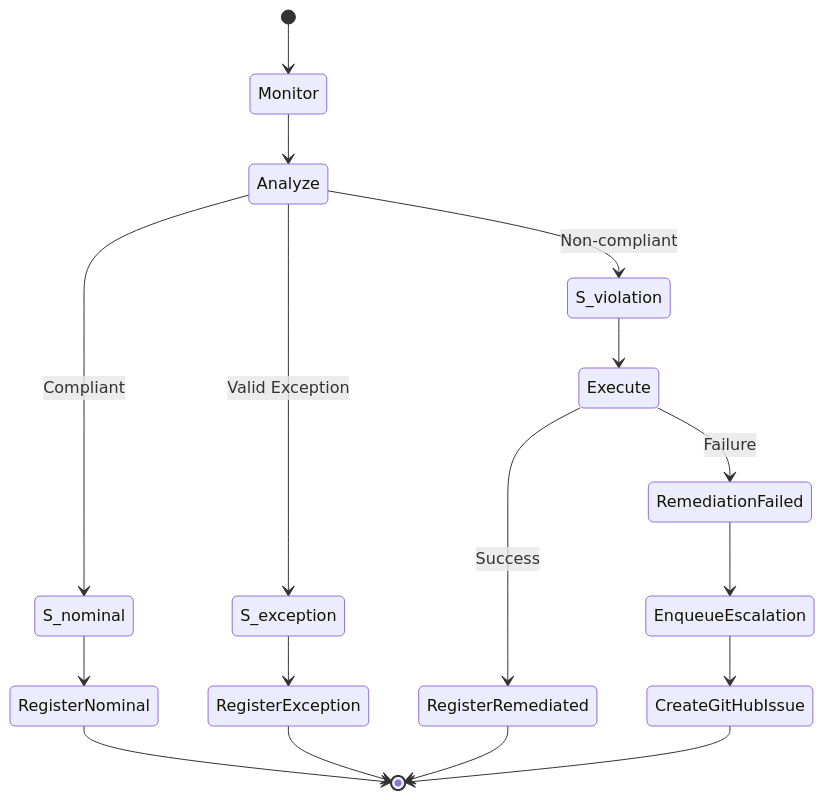
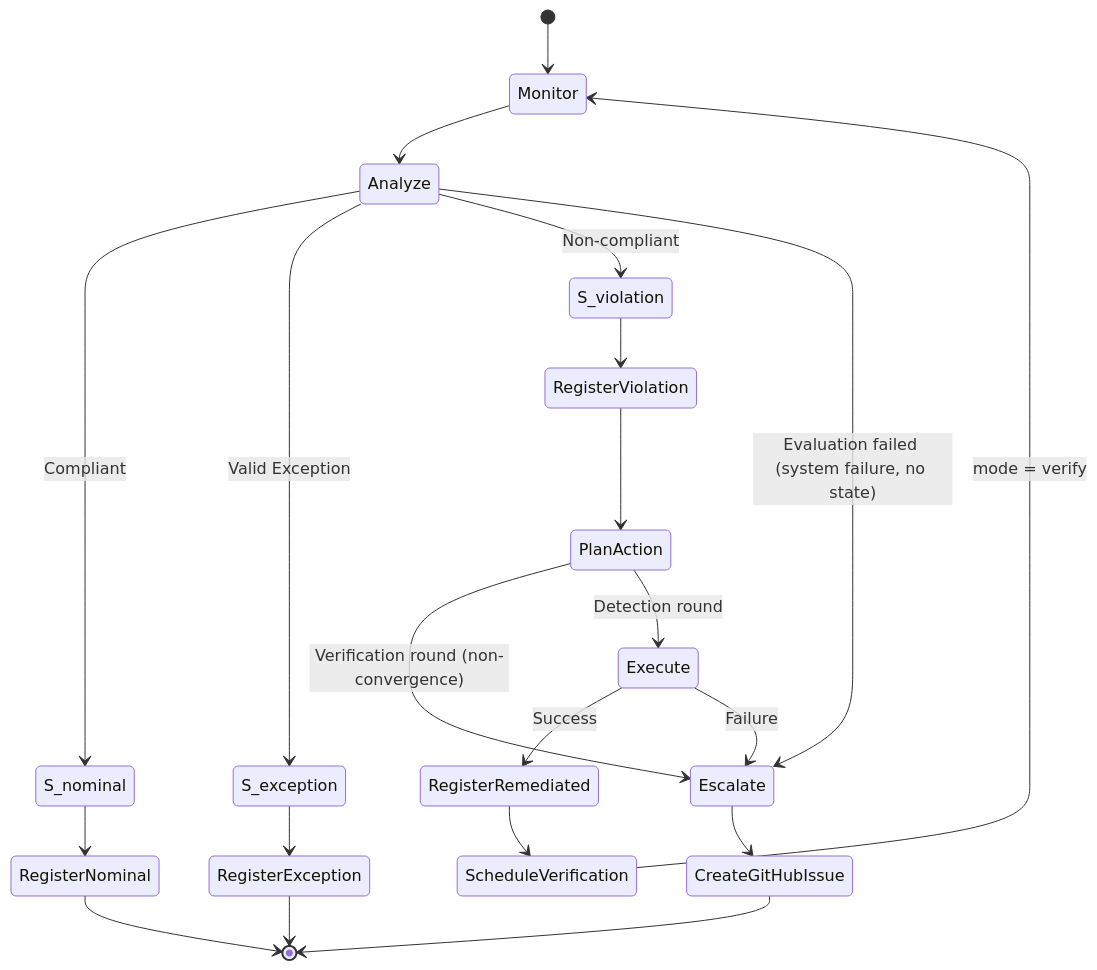
One commit to ricardoandreh/compliance-loop changed the second of 6 diagrams in .kiro/specs/mvp-compliance-automation-loop/design.md. Above: the diagram before and after it, drawn with Mermaid. The commit also changed other lines of this file and 7 other files, not shown here.

First line of the commit message:
classify by the three formal states only; the round decides the action, not the state

````diff
--- a/.kiro/specs/mvp-compliance-automation-loop/design.md
+++ b/.kiro/specs/mvp-compliance-automation-loop/design.md
@@ -89,19 +93,23 @@
 ```mermaid
 stateDiagram-v2
     [*] --> Monitor
     Monitor --> Analyze
     Analyze --> S_nominal: Compliant
     Analyze --> S_exception: Valid Exception
     Analyze --> S_violation: Non-compliant
+    Analyze --> Escalate: Evaluation failed (system failure, no state)
     S_nominal --> RegisterNominal
     S_exception --> RegisterException
-    S_violation --> Execute
+    S_violation --> RegisterViolation
+    RegisterViolation --> PlanAction
+    PlanAction --> Escalate: Verification round (non-convergence)
+    PlanAction --> Execute: Detection round
     Execute --> RegisterRemediated: Success
-    Execute --> RemediationFailed: Failure
-    RemediationFailed --> EnqueueEscalation
-    EnqueueEscalation --> CreateGitHubIssue
+    Execute --> Escalate: Failure
+    RegisterRemediated --> ScheduleVerification
+    ScheduleVerification --> Monitor: mode = verify
+    Escalate --> CreateGitHubIssue
     RegisterNominal --> [*]
     RegisterException --> [*]
-    RegisterRemediated --> [*]
     CreateGitHubIssue --> [*]
 ```
````
